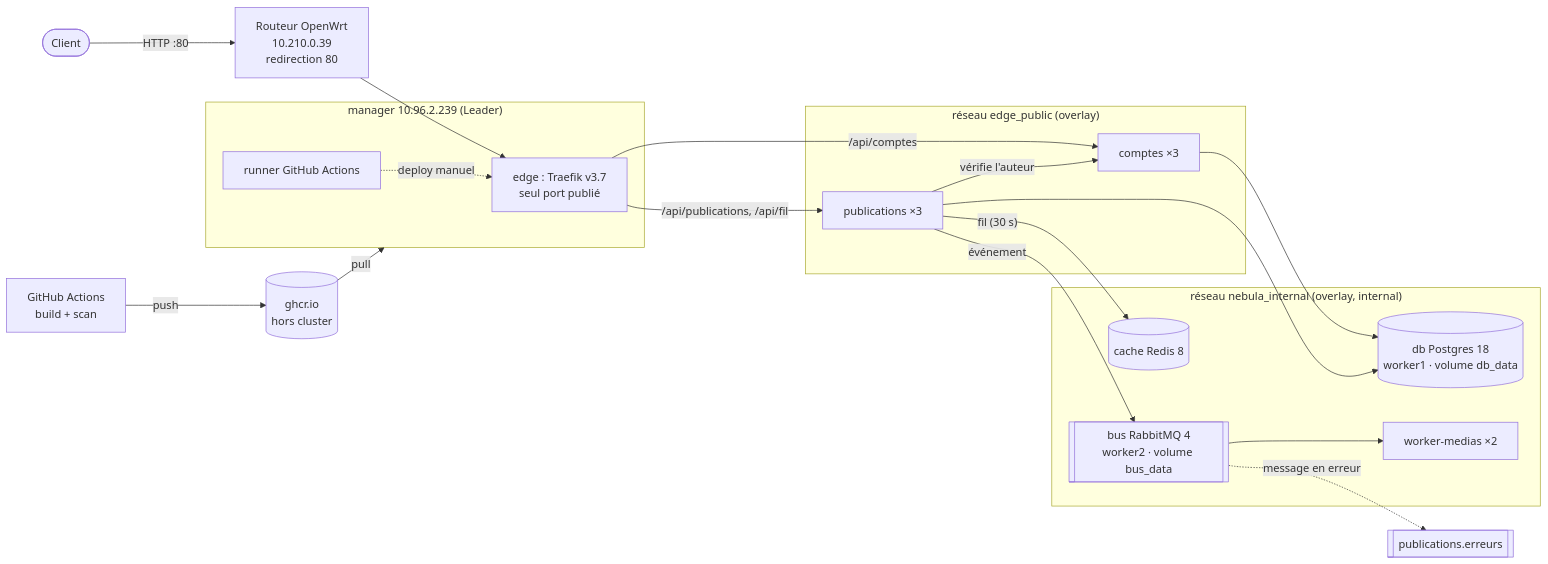
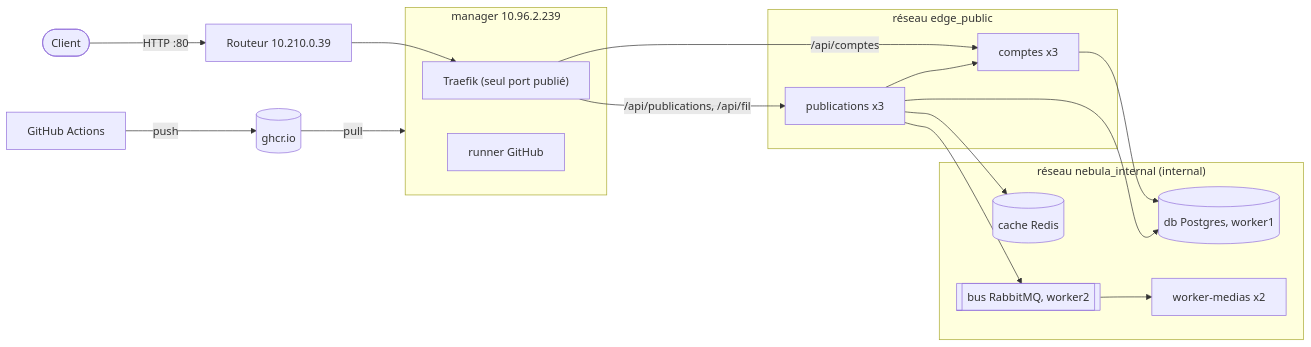
The diagram in docs/architecture.md (MatheoWintrebert/nebula), drawn with Mermaid before and after one commit. The commit also changed other lines of this file and 4 other files, not shown here.

````diff
--- a/docs/architecture.md
+++ b/docs/architecture.md
@@ -13,36 +9,34 @@
 ```mermaid
 flowchart LR
-  user([Client]) -- "HTTP :80" --> router["Routeur OpenWrt<br/>10.210.0.39<br/>redirection 80"]
+  user([Client]) -- "HTTP :80" --> router["Routeur 10.210.0.39"]
   router --> traefik
 
-  subgraph manager["manager 10.96.2.239 (Leader)"]
-    traefik["edge : Traefik v3.7<br/>seul port publié"]
-    runner["runner GitHub Actions"]
+  subgraph manager["manager 10.96.2.239"]
+    traefik["Traefik (seul port publié)"]
+    runner["runner GitHub"]
   end
 
-  subgraph pub["réseau edge_public (overlay)"]
-    comptes["comptes ×3"]
-    publications["publications ×3"]
+  subgraph pub["réseau edge_public"]
+    comptes["comptes x3"]
+    publications["publications x3"]
   end
 
-  subgraph int["réseau nebula_internal (overlay, internal)"]
-    db[("db Postgres 18<br/>worker1 · volume db_data")]
-    cache[("cache Redis 8")]
-    bus[["bus RabbitMQ 4<br/>worker2 · volume bus_data"]]
-    worker["worker-medias ×2"]
+  subgraph int["réseau nebula_internal (internal)"]
+    db[("db Postgres, worker1")]
+    cache[("cache Redis")]
+    bus[["bus RabbitMQ, worker2"]]
+    worker["worker-medias x2"]
   end
 
   traefik -- "/api/comptes" --> comptes
   traefik -- "/api/publications, /api/fil" --> publications
-  publications -- "vérifie l'auteur" --> comptes
+  publications --> comptes
   comptes --> db
   publications --> db
-  publications -- "fil (30 s)" --> cache
-  publications -- "événement" --> bus
+  publications --> cache
+  publications --> bus
   bus --> worker
-  bus -. "message en erreur" .-> dlq[["publications.erreurs"]]
 
-  gh["GitHub Actions<br/>build + scan"] -- push --> ghcr[("ghcr.io<br/>hors cluster")]
+  gh["GitHub Actions"] -- push --> ghcr[("ghcr.io")]
   ghcr -- pull --> manager
-  runner -. "deploy manuel" .-> traefik
 ```
````
